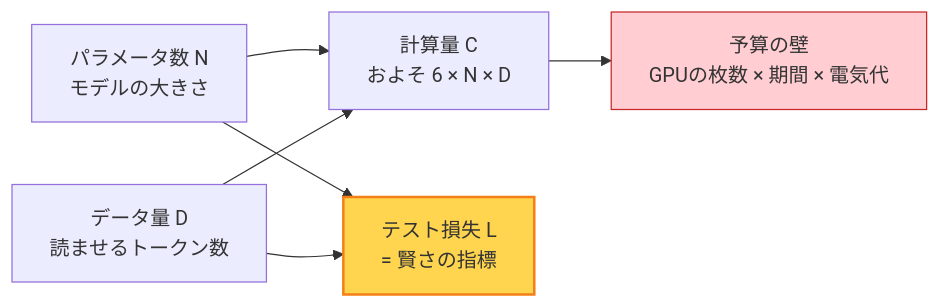
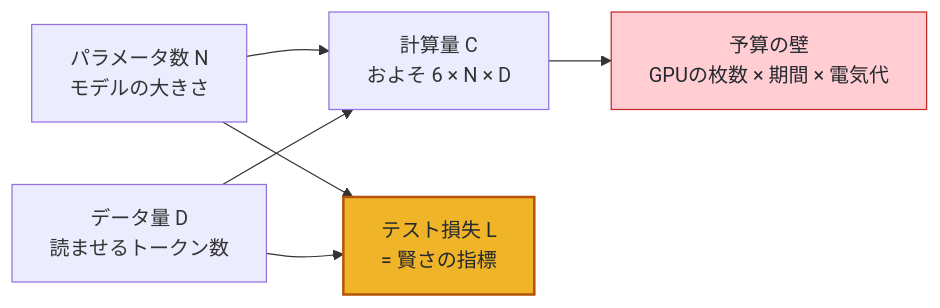
The first of 2 diagrams in 13-scaling-laws.md (shin4488/learning-transformer), drawn with Mermaid before and after one commit. The commit also changed other lines of this file and 16 other files, not shown here.

````diff
--- a/13-scaling-laws.md
+++ b/13-scaling-laws.md
@@ -68,10 +70,10 @@
 ```mermaid
 graph LR
     N["パラメータ数 N<br>モデルの大きさ"] --> C["計算量 C<br>およそ 6 × N × D"]
     D["データ量 D<br>読ませるトークン数"] --> C
     C --> Budget["予算の壁<br>GPUの枚数 × 期間 × 電気代"]
     N --> L["テスト損失 L<br>= 賢さの指標"]
     D --> L
-    style L fill:#ffd54f,stroke:#f57f17,stroke-width:2px
-    style Budget fill:#ffcdd2,stroke:#c62828
+    style L fill:#f0b429,stroke:#b45309,stroke-width:2px,color:#24292f
+    style Budget fill:#ffcdd2,stroke:#c62828,color:#24292f
 ```
````
